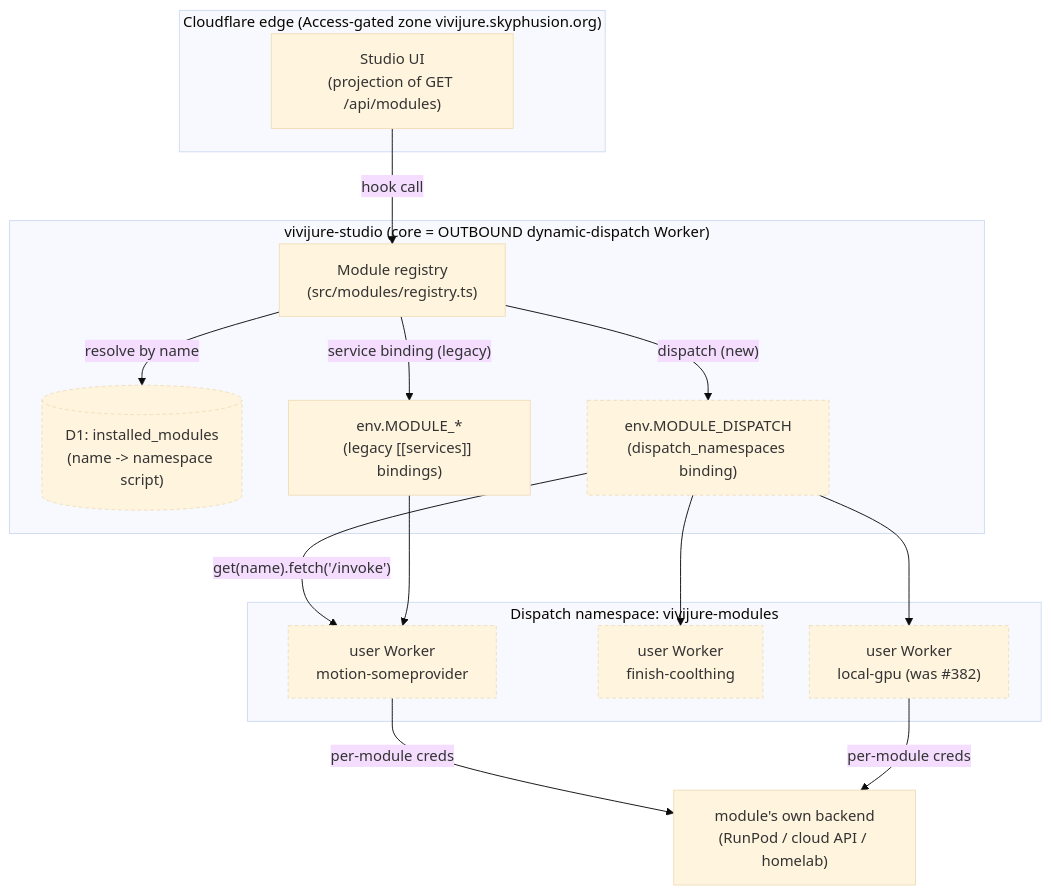
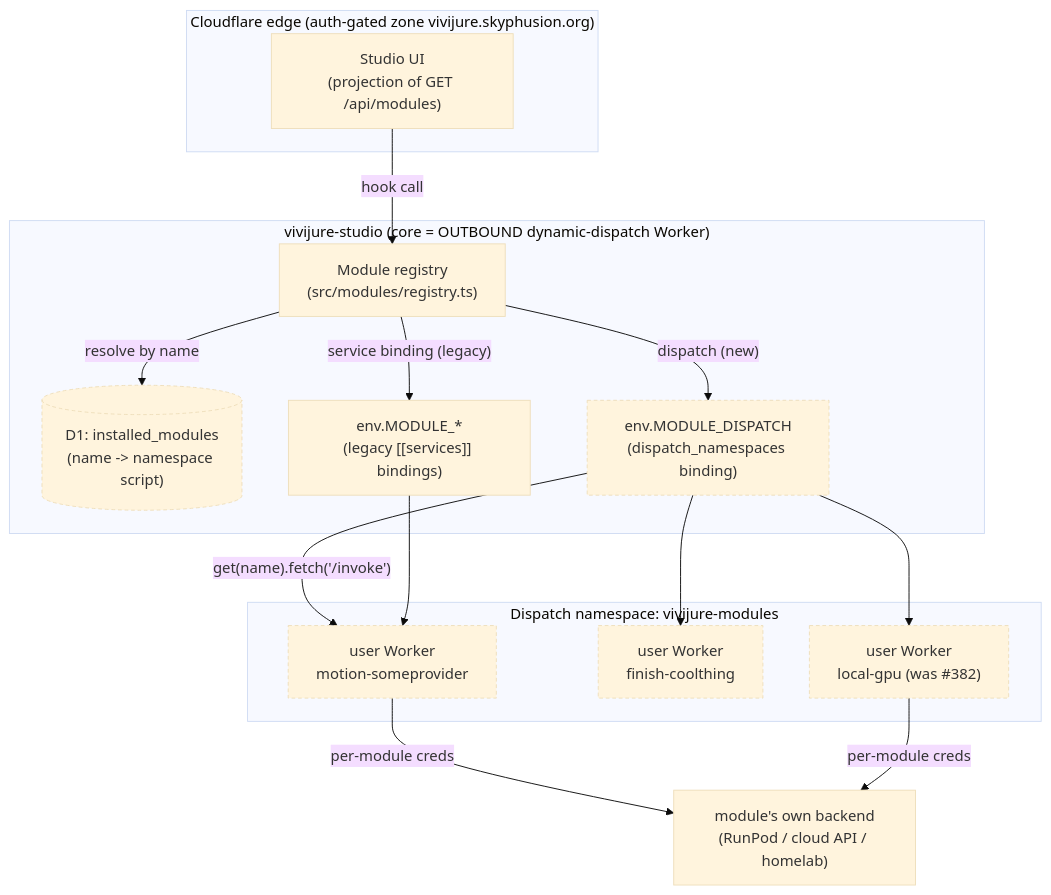
Before and after one commit to skyphusion-labs/vivijure: the first of 2 diagrams in docs/module-dispatch.md, drawn with Mermaid (base theme). The commit also changed 9 other files, not shown here.

````diff
--- a/docs/module-dispatch.md
+++ b/docs/module-dispatch.md
@@ -63,35 +63,35 @@
 ```mermaid
 flowchart TD
-  subgraph edge["Cloudflare edge (Access-gated zone vivijure.skyphusion.org)"]
+  subgraph edge["Cloudflare edge (auth-gated zone vivijure.skyphusion.org)"]
     UI["Studio UI<br/>(projection of GET /api/modules)"]
   end
 
   subgraph core["vivijure-studio (core = OUTBOUND dynamic-dispatch Worker)"]
     REG["Module registry<br/>(src/modules/registry.ts)"]
     DB[("D1: installed_modules<br/>(name -> namespace script)")]
     DISP["env.MODULE_DISPATCH<br/>(dispatch_namespaces binding)"]
     SB["env.MODULE_*<br/>(legacy [[services]] bindings)"]
   end
 
   subgraph ns["Dispatch namespace: vivijure-modules"]
     M1["user Worker<br/>motion-someprovider"]
     M2["user Worker<br/>finish-coolthing"]
     M3["user Worker<br/>local-gpu (was #382)"]
   end
 
   RUNPOD["module's own backend<br/>(RunPod / cloud API / homelab)"]
 
   UI -->|hook call| REG
   REG -->|"resolve by name"| DB
   REG -->|"dispatch (new)"| DISP
   REG -->|"service binding (legacy)"| SB
   DISP -->|"get(name).fetch('/invoke')"| M1
   DISP --> M2
   DISP --> M3
   SB --> M1
   M1 -->|"per-module creds"| RUNPOD
   M3 -->|"per-module creds"| RUNPOD
 
   classDef new stroke-dasharray: 4 3;
   class DISP,DB,M1,M2,M3 new;
 ```
````
